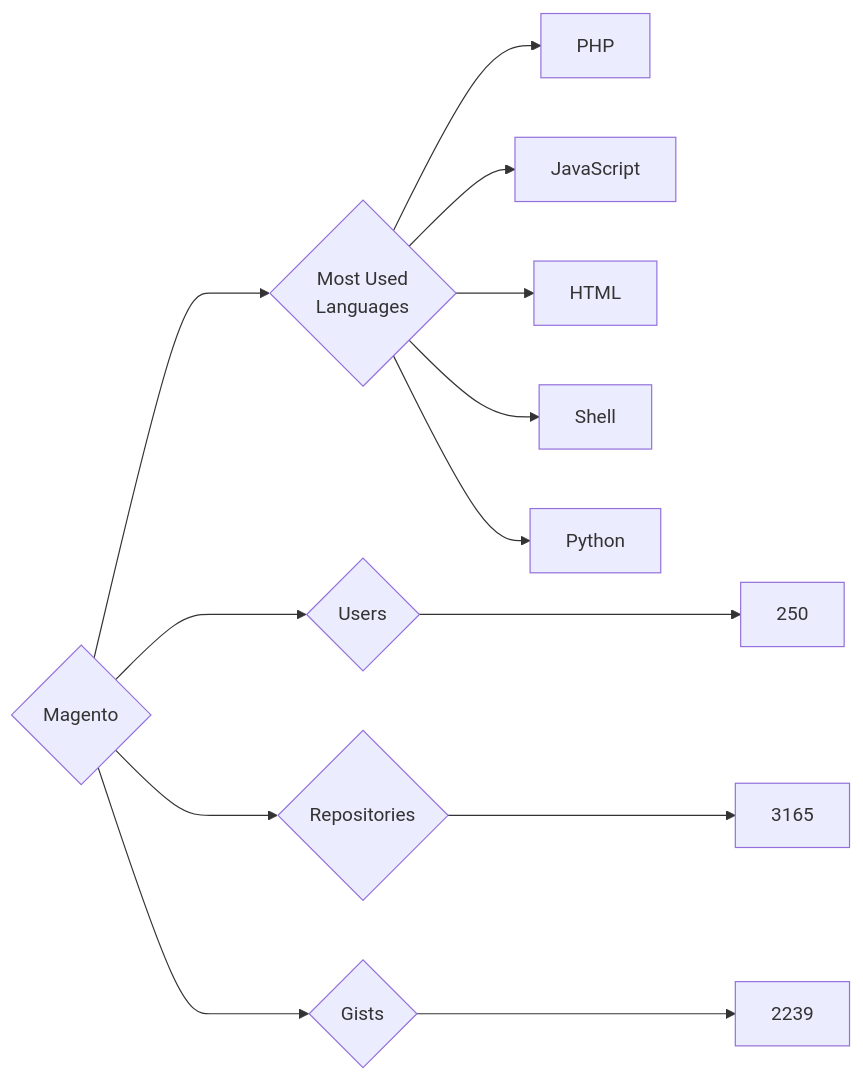
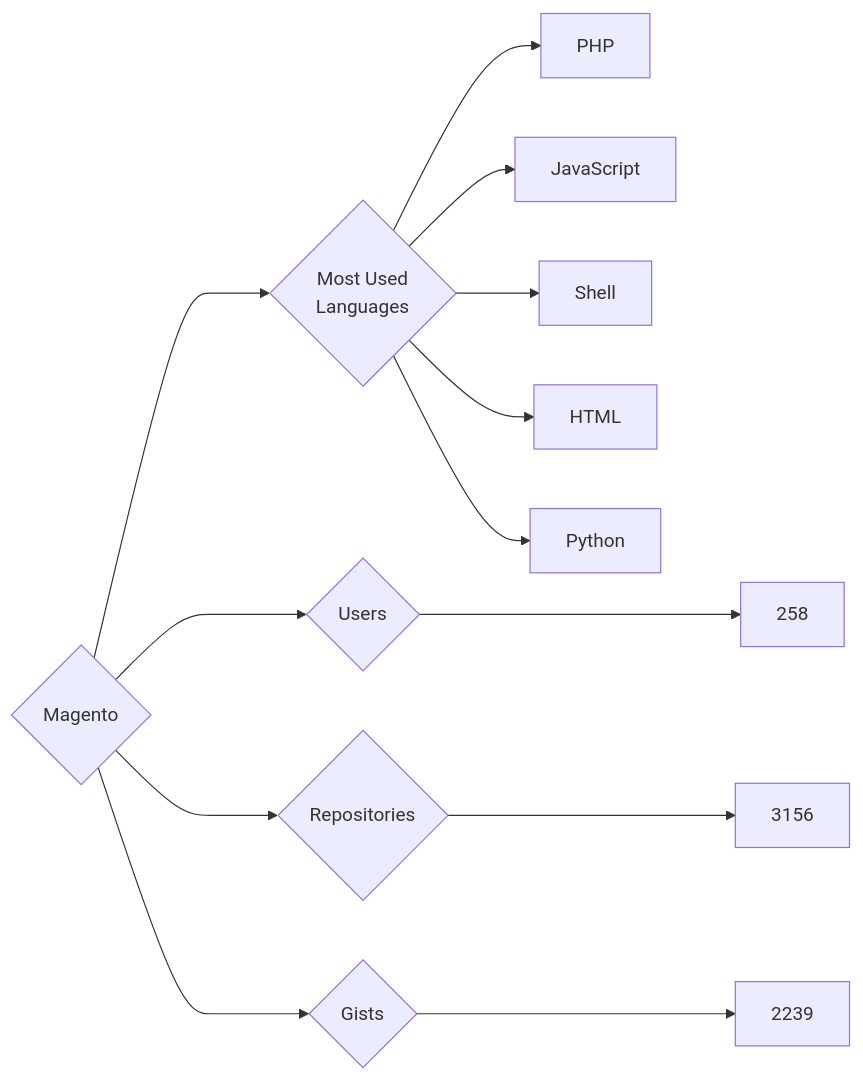
One commit to trickest/insiders changed the diagram in targets/Magento/README.md. Above: the diagram before and after it, drawn with Mermaid. The commit also changed 895 other files, not shown here.

````diff
--- a/targets/Magento/README.md
+++ b/targets/Magento/README.md
@@ -3,13 +3,13 @@
 ```mermaid
 graph LR
 COMPANY_NAME{Magento}
-COMPANY_NAME ---> U{Users} ---> UN[250]
-COMPANY_NAME ---> R{Repositories} ---> RN[3165]
+COMPANY_NAME ---> U{Users} ---> UN[258]
+COMPANY_NAME ---> R{Repositories} ---> RN[3156]
 COMPANY_NAME ---> G{Gists} ---> GN[2239]
 COMPANY_NAME ---> ML{Most Used<br>Languages}
 ML --> PHP[PHP]
 ML --> JavaScript[JavaScript]
+ML --> Shell[Shell]
 ML --> HTML[HTML]
-ML --> Shell[Shell]
 ML --> Python[Python]
 ```
````
